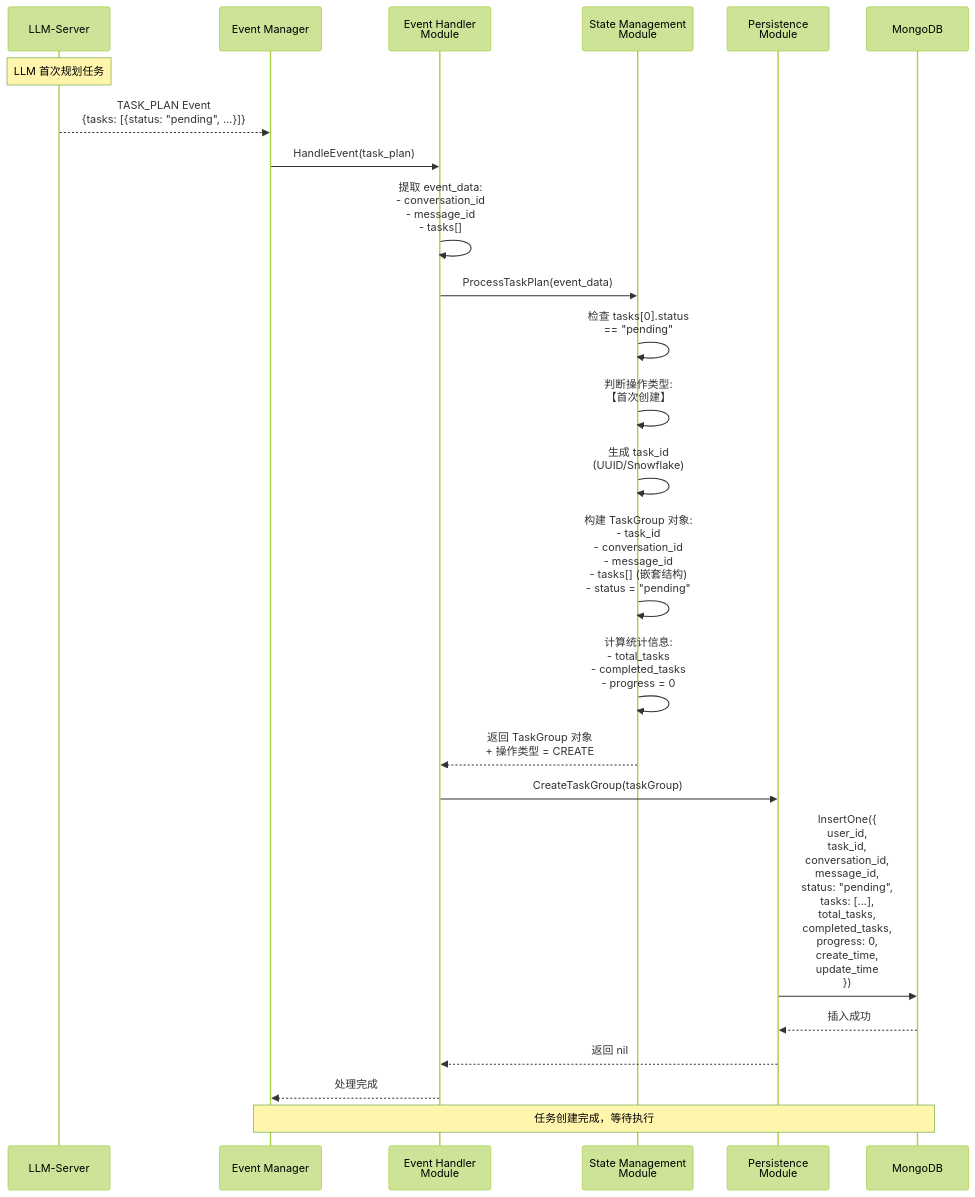
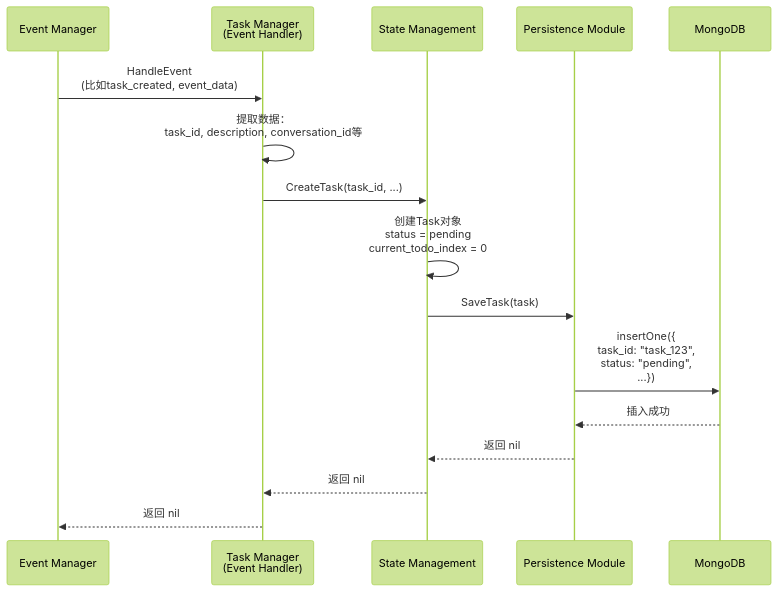
Before and after one commit to yingjianzh/iodraw-files: the diagram in all/未命名-10.md, drawn with Mermaid (forest theme).

Commit message:
2025-12-25 10:57:53 update

````diff
--- a/all/未命名-10.md
+++ b/all/未命名-10.md
@@ -1,43 +1,25 @@
 ```mermaid
 sequenceDiagram
-    participant LLM as LLM-Server
-    participant EM as Event Manager
-    participant EH as Event Handler<br/>Module
-    participant SM as State Management<br/>Module
-    participant PM as Persistence<br/>Module
-    participant DB as MongoDB
+    participant EventMgr as Event Manager
+    participant TaskMgr as Task Manager<br/>(Event Handler)
+    participant StateMgr as State Management
+    participant Persist as Persistence Module
+    participant MongoDB as MongoDB
+
+    EventMgr->>TaskMgr: HandleEvent<br/>(比如task_created, event_data)
     
-    Note over LLM: LLM 首次规划任务
+    TaskMgr->>TaskMgr: 提取数据：<br/>task_id, description, conversation_id等
     
-    LLM-->>EM: TASK_PLAN Event<br/>{tasks: [{status: "pending", ...}]}
+    TaskMgr->>StateMgr: CreateTask(task_id, ...)
     
-    EM->>EH: HandleEvent(task_plan)
+    StateMgr->>StateMgr: 创建Task对象<br/>status = pending<br/>current_todo_index = 0
     
-    EH->>EH: 提取 event_data:<br/>- conversation_id<br/>- message_id<br/>- tasks[]
+    StateMgr->>Persist: SaveTask(task)
     
-    EH->>SM: ProcessTaskPlan(event_data)
+    Persist->>MongoDB: insertOne({<br/>  task_id: "task_123",<br/>  status: "pending",<br/>  ...})
     
-    SM->>SM: 检查 tasks[0].status<br/>== "pending"
-    
-    SM->>SM: 判断操作类型:<br/>【首次创建】
-    
-    SM->>SM: 生成 task_id<br/>(UUID/Snowflake)
-    
-    SM->>SM: 构建 TaskGroup 对象:<br/>- task_id<br/>- conversation_id<br/>- message_id<br/>- tasks[] (嵌套结构)<br/>- status = "pending"
-    
-    SM->>SM: 计算统计信息:<br/>- total_tasks<br/>- completed_tasks<br/>- progress = 0
-    
-    SM-->>EH: 返回 TaskGroup 对象<br/>+ 操作类型 = CREATE
-    
-    EH->>PM: CreateTaskGroup(taskGroup)
-    
-    PM->>DB: InsertOne({<br/>  user_id,<br/>  task_id,<br/>  conversation_id,<br/>  message_id,<br/>  status: "pending",<br/>  tasks: [...],<br/>  total_tasks,<br/>  completed_tasks,<br/>  progress: 0,<br/>  create_time,<br/>  update_time<br/>})
-    
-    DB-->>PM: 插入成功
-    
-    PM-->>EH: 返回 nil
-    
-    EH-->>EM: 处理完成
-    
-    Note over EM,DB: 任务创建完成，等待执行
+    MongoDB-->>Persist: 插入成功
+    Persist-->>StateMgr: 返回 nil
+    StateMgr-->>TaskMgr: 返回 nil
+    TaskMgr-->>EventMgr: 返回 nil
 ```
````
